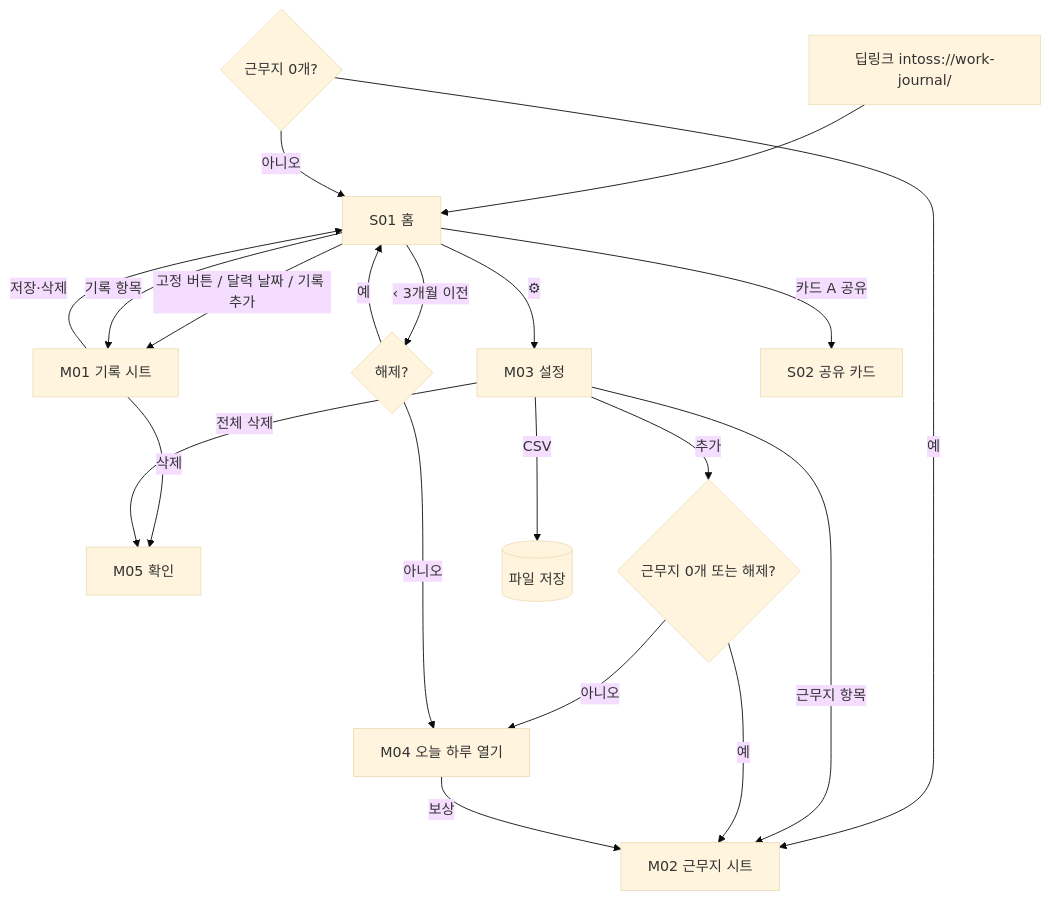
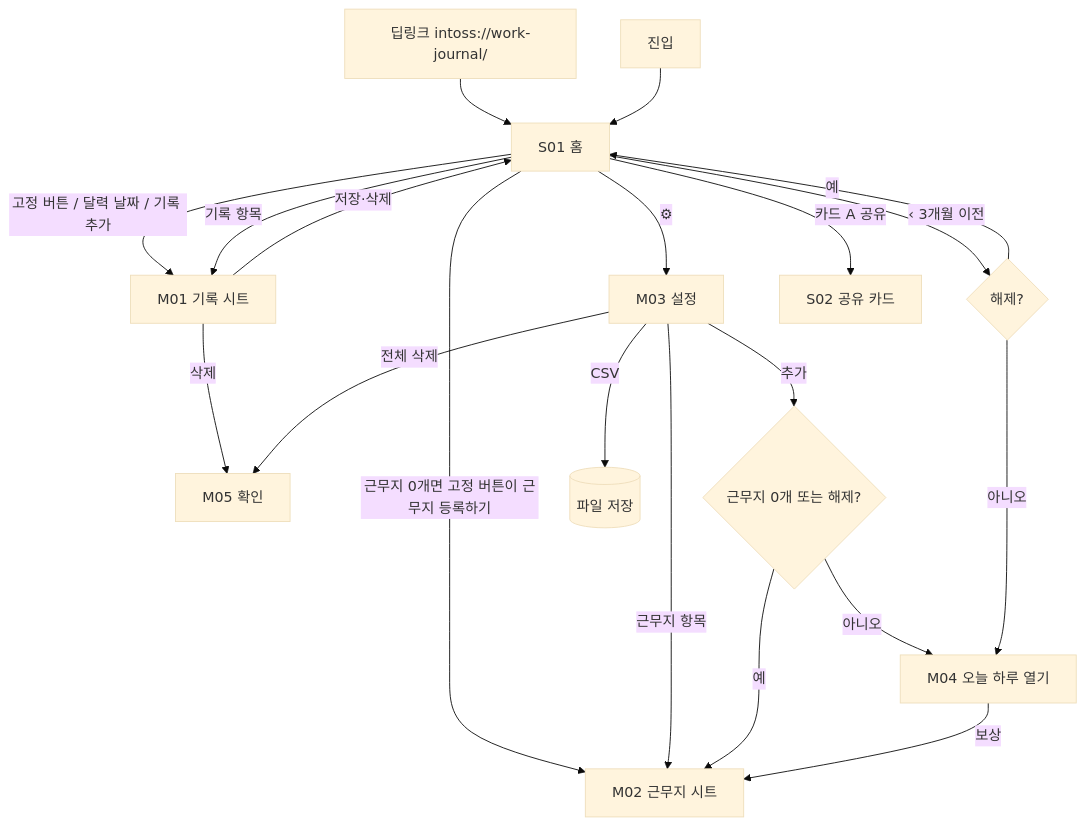
The diagram in work-journal/docs/SCREEN_FLOW.md (eungbin/app-in-toss), drawn with Mermaid (base theme) before and after one commit. The commit also changed other lines of this file and 6 other files, not shown here.

````diff
--- a/work-journal/docs/SCREEN_FLOW.md
+++ b/work-journal/docs/SCREEN_FLOW.md
@@ -17,22 +17,22 @@
 ```mermaid
 flowchart TD
   DL[딥링크 intoss://work-journal/] --> S01
-  BOOT{근무지 0개?} -->|예| M02
-  BOOT -->|아니오| S01[S01 홈]
+  BOOT[진입] --> S01[S01 홈]
+  S01 -->|근무지 0개면 고정 버튼이 근무지 등록하기| M02
   S01 -->|고정 버튼 / 달력 날짜 / 기록 추가| M01[M01 기록 시트]
   S01 -->|기록 항목| M01
   M01 -->|저장·삭제| S01
   M01 -->|삭제| M05[M05 확인]
   S01 -->|⚙| M03[M03 설정]
   M03 -->|근무지 항목| M02[M02 근무지 시트]
   M03 -->|추가| G1{근무지 0개 또는 해제?}
   G1 -->|예| M02
   G1 -->|아니오| M04[M04 오늘 하루 열기]
   M04 -->|보상| M02
   S01 -->|‹ 3개월 이전| G2{해제?}
   G2 -->|예| S01
   G2 -->|아니오| M04
   S01 -->|카드 A 공유| S02[S02 공유 카드]
   M03 -->|CSV| CSV[(파일 저장)]
   M03 -->|전체 삭제| M05
 ```
````
